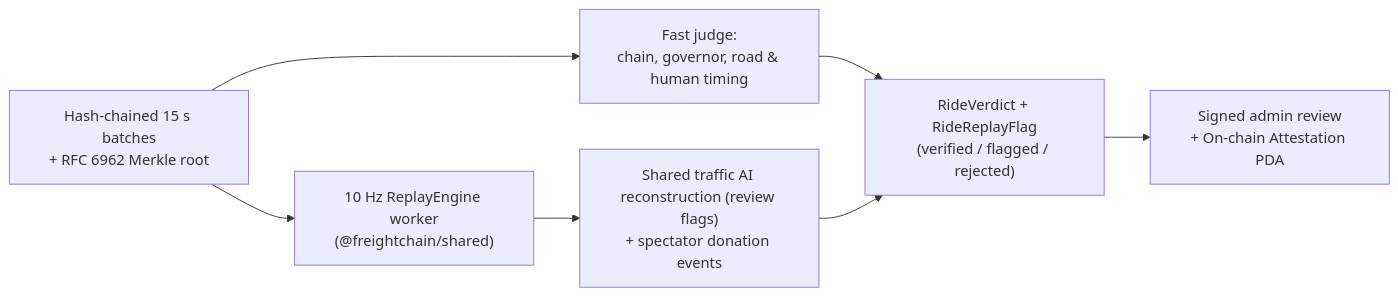
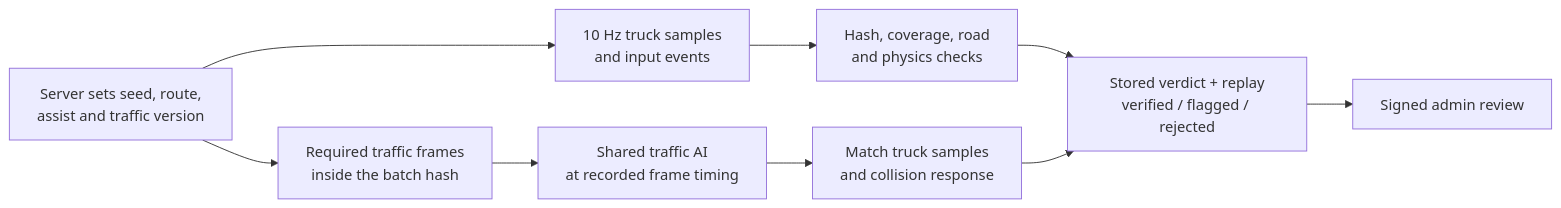
One commit to recferret-bit/freightchain changed the third of 7 diagrams in README.md. Above: the diagram before and after it, drawn with Mermaid. The commit also changed other lines of this file and 7 other files, not shown here.

First line of the commit message:
docs: explain required traffic evidence and post-hackathon progress

````diff
--- a/README.md
+++ b/README.md
@@ -330,9 +329,11 @@
 ```mermaid
 flowchart LR
-  batches["Hash-chained 15 s batches<br/>+ RFC 6962 Merkle root"] --> bounds["Fast judge:<br/>chain, governor, road & human timing"]
-  batches --> replay["10 Hz ReplayEngine worker<br/>(@freightchain/shared)"]
-  replay --> corr["Shared traffic AI reconstruction (review flags)<br/>+ spectator donation events"]
-  bounds --> verdict["RideVerdict + RideReplayFlag<br/>(verified / flagged / rejected)"]
-  corr --> verdict
-  verdict --> person["Signed admin review<br/>+ On-chain Attestation PDA"]
+  ride["Server sets seed, route,<br/>assist and traffic version"] --> samples["10 Hz truck samples<br/>and input events"]
+  ride --> frames["Required traffic frames<br/>inside the batch hash"]
+  samples --> bounds["Hash, coverage, road<br/>and physics checks"]
+  frames --> traffic["Shared traffic AI<br/>at recorded frame timing"]
+  traffic --> binding["Match truck samples<br/>and collision response"]
+  bounds --> verdict["Stored verdict + replay<br/>verified / flagged / rejected"]
+  binding --> verdict
+  verdict --> review["Signed admin review"]
 ```
````
